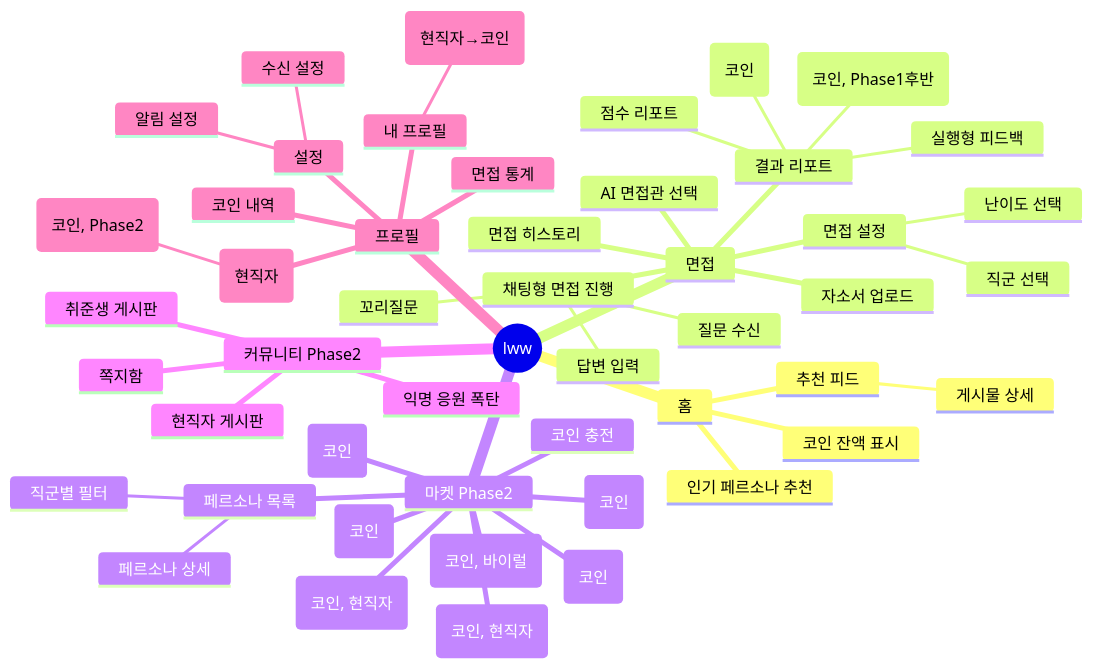
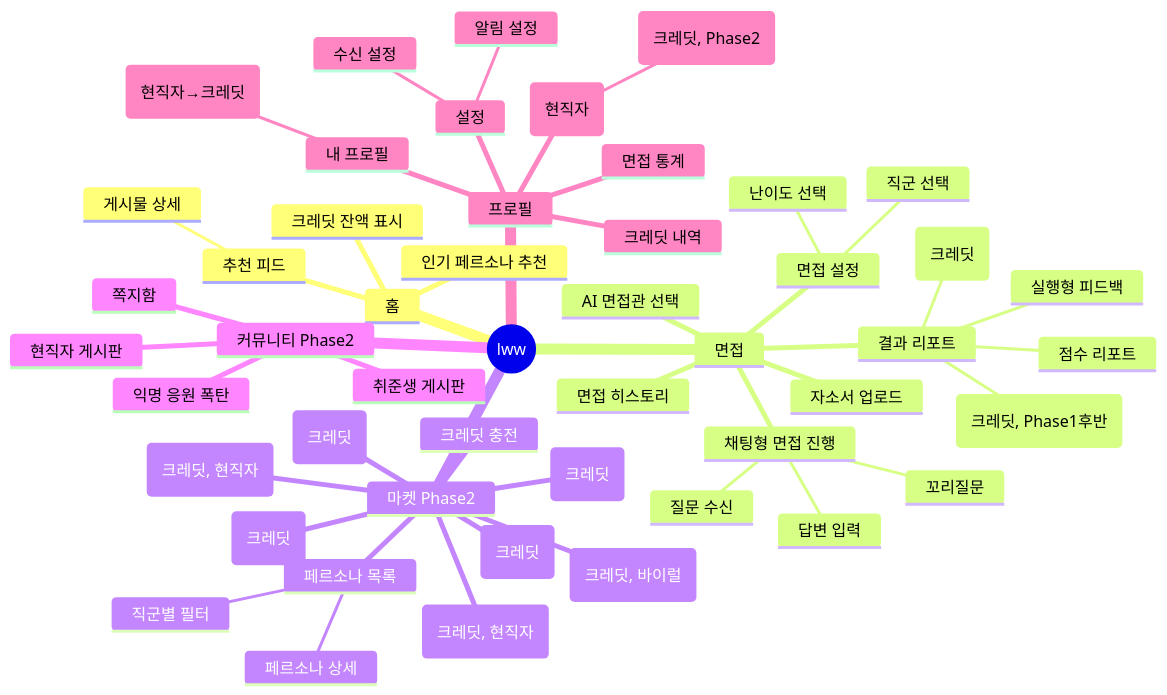
Before and after one commit to 2026-SKP-MIRAI/MIRAI: the first of 8 diagrams in docs/specs/lww/ia_flow.md, drawn with Mermaid. The commit also changed other lines of this file and 7 other files, not shown here.

````diff
--- a/docs/specs/lww/ia_flow.md
+++ b/docs/specs/lww/ia_flow.md
@@ -85,52 +85,52 @@
 ```mermaid
 mindmap
   root((lww))
     홈
       추천 피드
         게시물 상세
       인기 페르소나 추천
-      코인 잔액 표시
+      크레딧 잔액 표시
     면접
       자소서 업로드
       면접 설정
         직군 선택
         난이도 선택
       AI 면접관 선택
       채팅형 면접 진행
         질문 수신
         답변 입력
         꼬리질문
       결과 리포트
         점수 리포트
         실행형 피드백
-        합격 예언 오브(코인)
-        고득점 Q&A 패턴(코인, Phase1후반)
+        합격 예언 오브(크레딧)
+        고득점 Q&A 패턴(크레딧, Phase1후반)
       면접 히스토리
     마켓 Phase2
       페르소나 목록
         직군별 필터
         페르소나 상세
-      면접 후기(코인)
-      아차 포인트(코인)
-      회사 평가(코인)
-      연봉 통계(코인)
-      이직 타이밍(코인, 현직자)
-      스카우트 후기(코인, 현직자)
-      직무 MBTI 카드(코인, 바이럴)
-      코인 충전
+      면접 후기(크레딧)
+      아차 포인트(크레딧)
+      회사 평가(크레딧)
+      연봉 통계(크레딧)
+      이직 타이밍(크레딧, 현직자)
+      스카우트 후기(크레딧, 현직자)
+      직무 MBTI 카드(크레딧, 바이럴)
+      크레딧 충전
     커뮤니티 Phase2
       취준생 게시판
       현직자 게시판
       익명 응원 폭탄
       쪽지함
     프로필
       내 프로필
-        연봉직군연차입력(현직자→코인)
+        연봉직군연차입력(현직자→크레딧)
       면접 통계
-      코인 내역
+      크레딧 내역
       설정
         수신 설정
         알림 설정
       내 페르소나 관리(현직자)
-        페르소나 통계 열람(코인, Phase2)
+        페르소나 통계 열람(크레딧, Phase2)
 ```
````
